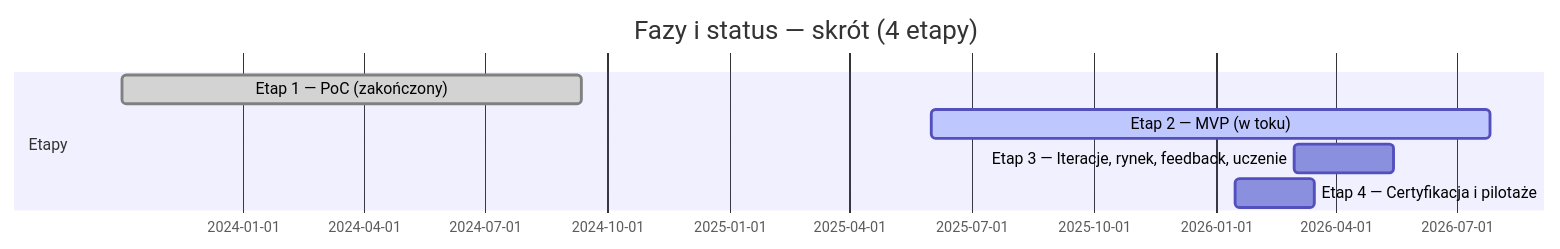
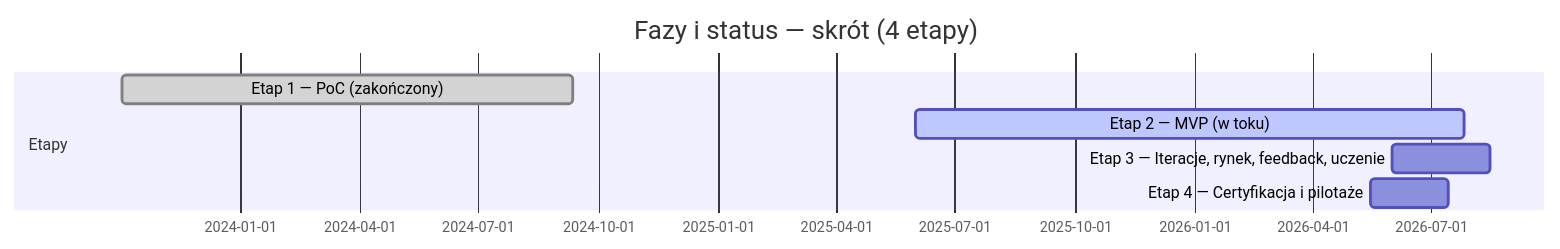
One commit to TanskiSzymon/food-printer changed the first of 3 diagrams in README.md. Above: the diagram before and after it, drawn with Mermaid.

````diff
--- a/README.md
+++ b/README.md
@@ -24,10 +24,10 @@
 ```mermaid
 gantt
   title Fazy i status — skrót (4 etapy)
   dateFormat YYYY-MM-DD
   section Etapy
   Etap 1 — PoC (zakończony)                    :done,    poc1, 2023-10-02, 2024-09-11
   Etap 2 — MVP (w toku)                        :active,  mvp2, 2025-06-01, 420d
-  Etap 3 — Iteracje, rynek, feedback, uczenie  :         it3,  2026-3-01, 75d
-  Etap 4 — Certyfikacja i pilotaże             :         cer4, 2026-01-15, 60d
+  Etap 3 — Iteracje, rynek, feedback, uczenie  :         it3,  2026-06-01, 75d
+  Etap 4 — Certyfikacja i pilotaże             :         cer4, 2026-05-15, 60d
 ```
````
